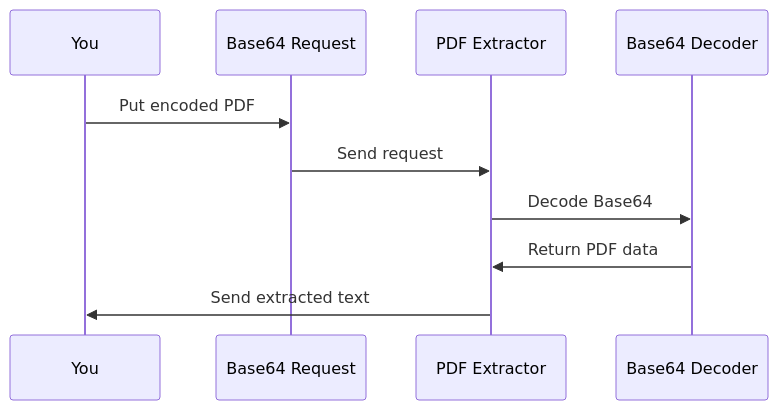
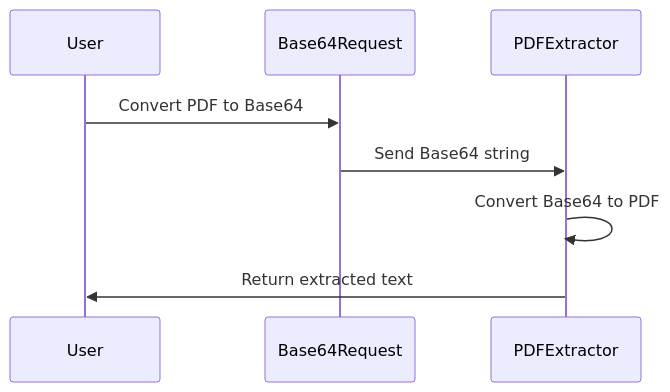
The third of 7 diagrams in README.md (dygavieta/NewRepo), drawn with Mermaid before and after one commit. The commit also changed other lines of this file, not shown here.

````diff
--- a/README.md
+++ b/README.md
@@ -180,13 +164,11 @@
 ```mermaid
 sequenceDiagram
-    participant User as You
-    participant Request as Base64 Request
-    participant Controller as PDF Extractor
-    participant Decoder as Base64 Decoder
-    
-    User->>Request: Put encoded PDF
-    Request->>Controller: Send request
-    Controller->>Decoder: Decode Base64
-    Decoder->>Controller: Return PDF data
-    Controller->>User: Send extracted text
+    participant User
+    participant Base64Request
+    participant PDFExtractor
+
+    User->>Base64Request: Convert PDF to Base64
+    Base64Request->>PDFExtractor: Send Base64 string
+    PDFExtractor->>PDFExtractor: Convert Base64 to PDF
+    PDFExtractor->>User: Return extracted text
 ```
````
